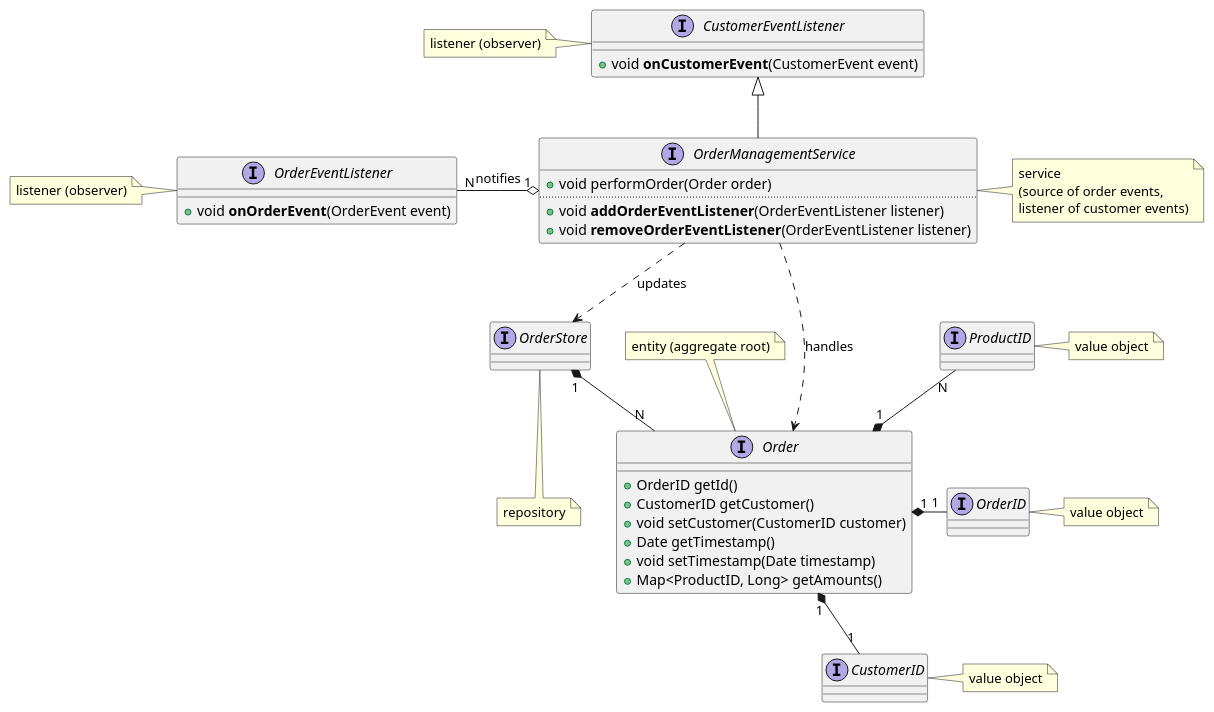
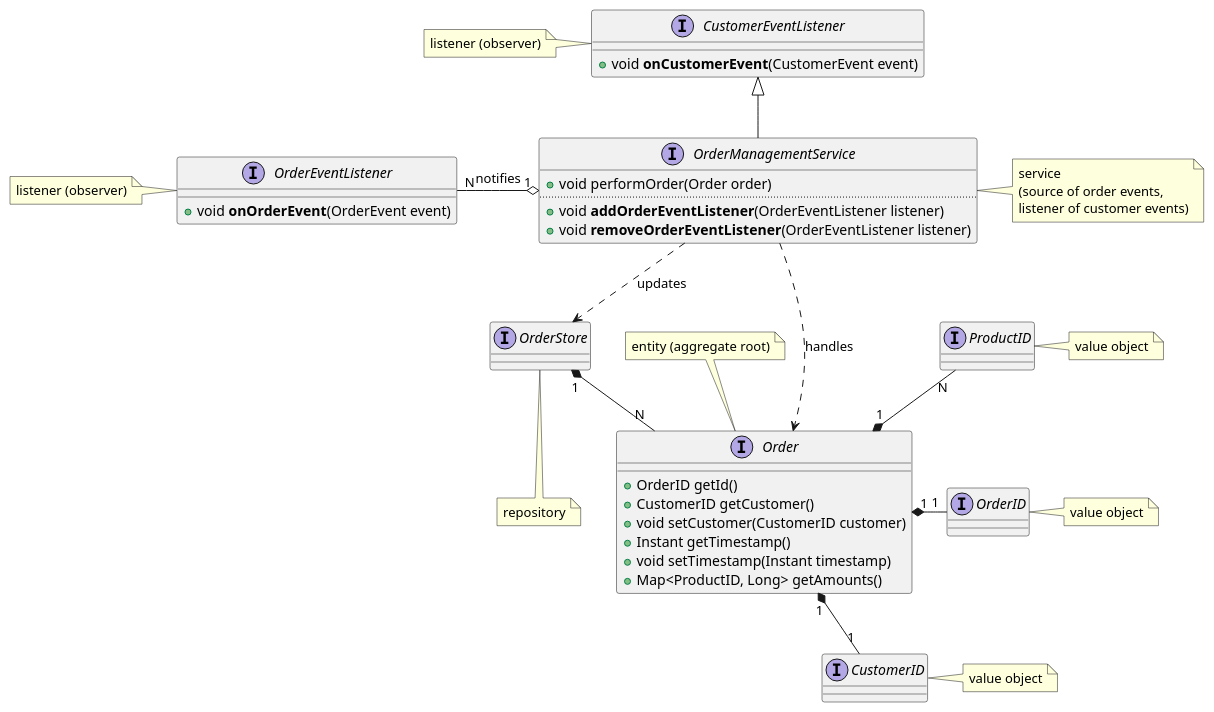
One commit to unibo-spe/spe-slides changed the sixth of 9 diagrams in content/10-ddd/_index.md. Above: the diagram before and after it, drawn with PlantUML. The commit also changed other lines of this file, not shown here.

Commit message:
fix(ddd): Instant instead of Date, tax codes depend on gender and birth place, align with exercise repo

```diff
--- a/content/10-ddd/_index.md
+++ b/content/10-ddd/_index.md
@@ -1135,56 +1135,56 @@
 {{< plantuml height="70vh" >}}
 interface OrderManagementService {
     + void performOrder(Order order)
     ..
     + void **addOrderEventListener**(OrderEventListener listener)
     + void **removeOrderEventListener**(OrderEventListener listener)
 }
 
 interface OrderEventListener {
     + void **onOrderEvent**(OrderEvent event)
 }
 
 interface CustomerEventListener {
     + void **onCustomerEvent**(CustomerEvent event)
 }
 
 interface Order {
     + OrderID getId()
     + CustomerID getCustomer()
     + void setCustomer(CustomerID customer)
-    + Date getTimestamp()
-    + void setTimestamp(Date timestamp)
+    + Instant getTimestamp()
+    + void setTimestamp(Instant timestamp)
     + Map<ProductID, Long> getAmounts()
 }
 
 interface OrderID
 
 interface CustomerID
 
 interface ProductID
 
 interface OrderStore
 
 Order "1" *-r- "1" OrderID
 Order "1" *-d- "1" CustomerID
 Order "1" *-u- "N" ProductID
 OrderStore "1" *-- "N" Order
 
 OrderManagementService ..> Order: handles
 OrderManagementService ..> OrderStore: updates
 OrderManagementService -u-|> CustomerEventListener
 OrderManagementService "1" o-l- "N" OrderEventListener: notifies
 
 note bottom of OrderStore: repository
 note top of Order: entity (aggregate root)
 note right of OrderID: value object
 note right of ProductID: value object
 note right of CustomerID: value object
 note right of OrderManagementService: service\n(source of order events,\nlistener of customer events)
 note left of OrderEventListener: listener (observer)
 note left of CustomerEventListener: listener (observer)
 
 OrderID -u[hidden]- ProductID
 OrderID -d[hidden]- CustomerID
 
 {{< /plantuml >}}
```
